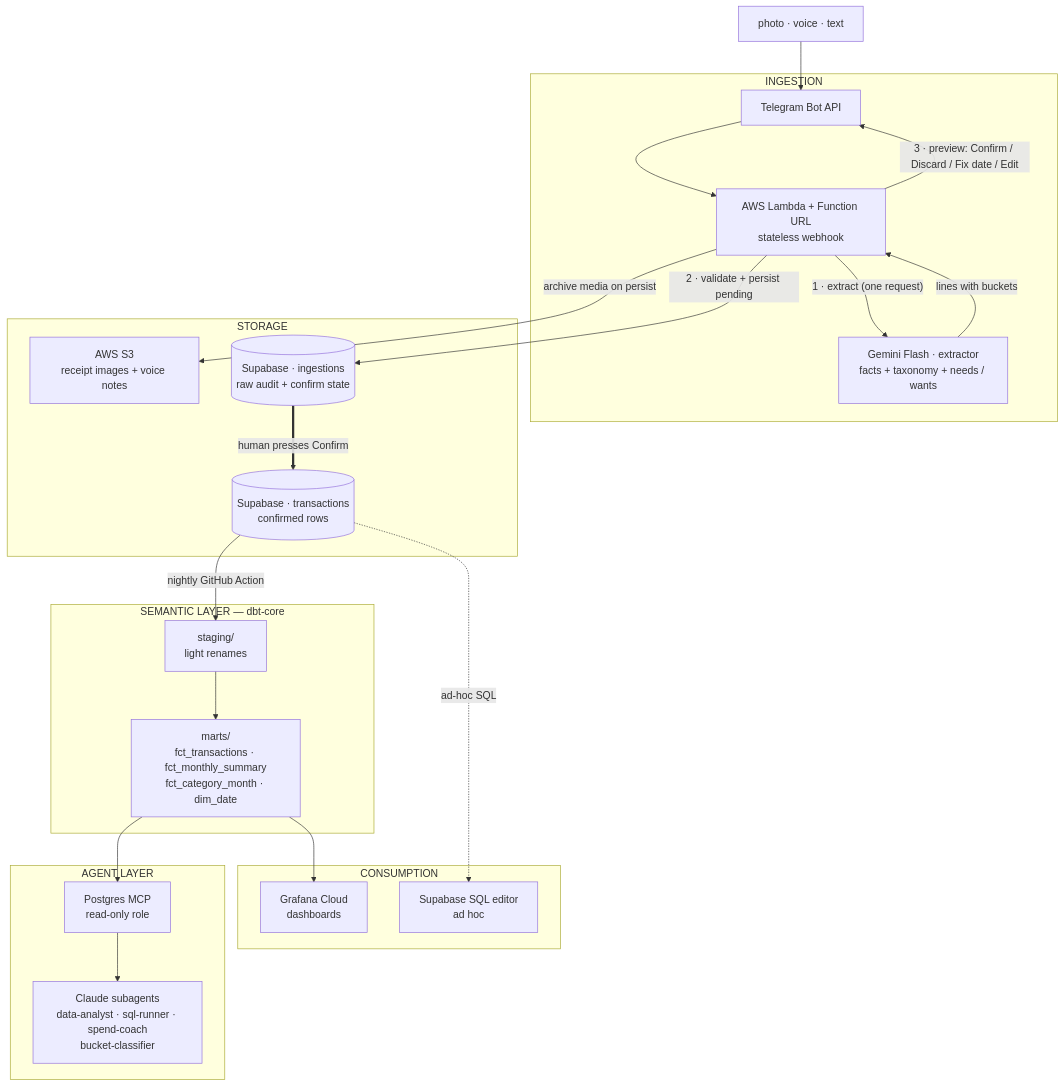
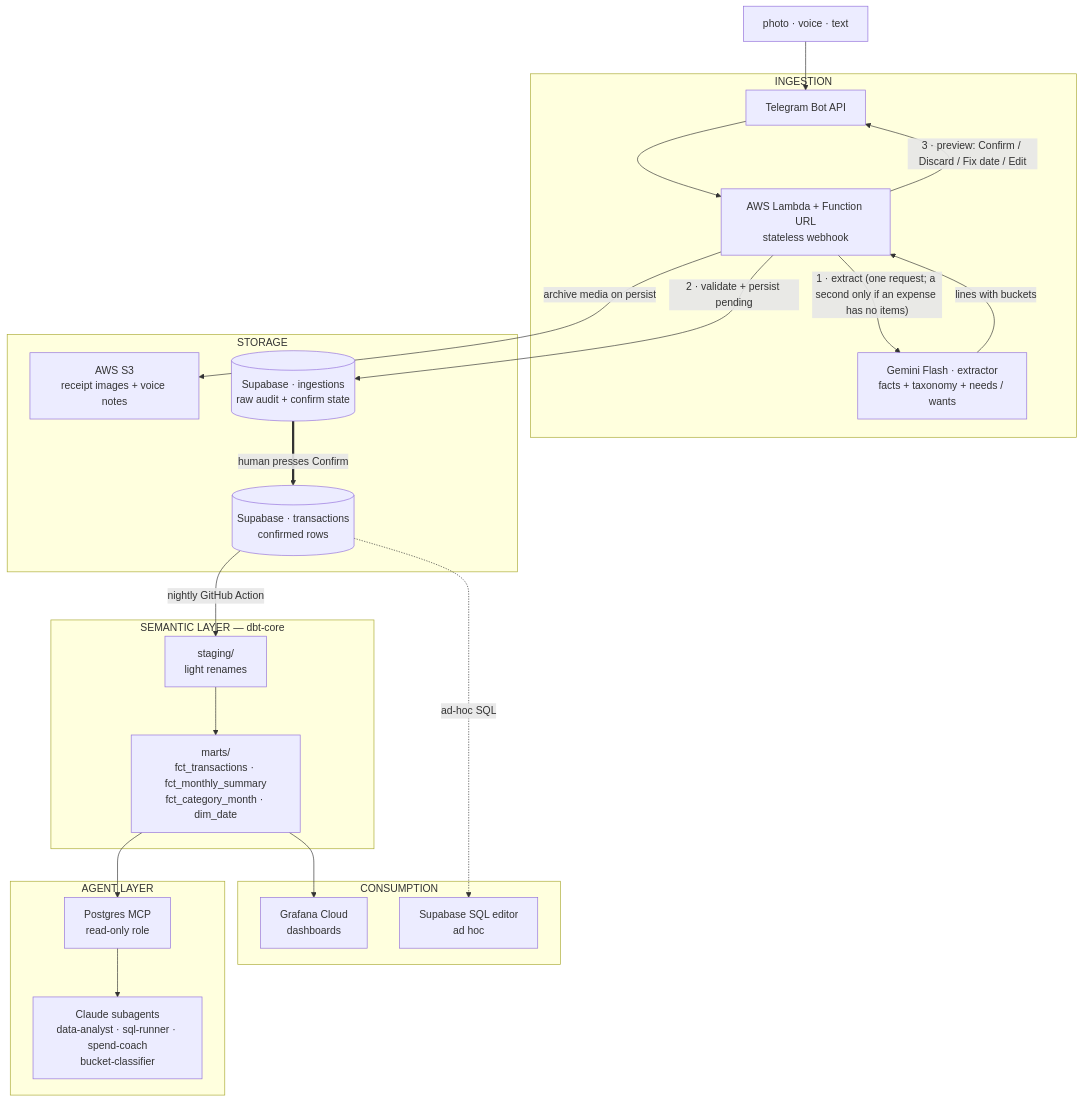
One commit to rafachan3/finflow changed the diagram in docs/ARCHITECTURE.md. Above: the diagram before and after it, drawn with Mermaid. The commit also changed other lines of this file and 2 other files, not shown here.

First line of the commit message:
docs: a second Gemini request only when an expense comes back with no items

````diff
--- a/docs/ARCHITECTURE.md
+++ b/docs/ARCHITECTURE.md
@@ -5,45 +5,45 @@
 ```mermaid
 flowchart TD
     SRC["photo · voice · text"]
 
     subgraph ING["INGESTION"]
         TG["Telegram Bot API"]
         LM["AWS Lambda + Function URL<br/>stateless webhook"]
         EX["Gemini Flash · extractor<br/>facts + taxonomy + needs / wants"]
     end
 
     subgraph STO["STORAGE"]
         S3["AWS S3<br/>receipt images + voice notes"]
         RAW[("Supabase · ingestions<br/>raw audit + confirm state")]
         TX[("Supabase · transactions<br/>confirmed rows")]
     end
 
     subgraph SEM["SEMANTIC LAYER — dbt-core"]
         STG["staging/<br/>light renames"]
         MRT["marts/<br/>fct_transactions · fct_monthly_summary<br/>fct_category_month · dim_date"]
     end
 
     subgraph OUT["CONSUMPTION"]
         GRF["Grafana Cloud<br/>dashboards"]
         SQL["Supabase SQL editor<br/>ad hoc"]
     end
 
     subgraph AGT["AGENT LAYER"]
         MCP["Postgres MCP<br/>read-only role"]
         SUB["Claude subagents<br/>data-analyst · sql-runner · spend-coach<br/>bucket-classifier"]
     end
 
     SRC --> TG --> LM
-    LM -->|"1 · extract (one request)"| EX
+    LM -->|"1 · extract (one request; a second only if an expense has no items)"| EX
     EX -->|"lines with buckets"| LM
     LM -->|"2 · validate + persist pending"| RAW
     LM -->|"archive media on persist"| S3
     LM -->|"3 · preview: Confirm / Discard / Fix date / Edit"| TG
     RAW ==>|"human presses Confirm"| TX
     TX -->|"nightly GitHub Action"| STG
     STG --> MRT
     MRT --> GRF
     MRT --> MCP
     MCP --> SUB
     TX -.->|"ad-hoc SQL"| SQL
 ```
````
